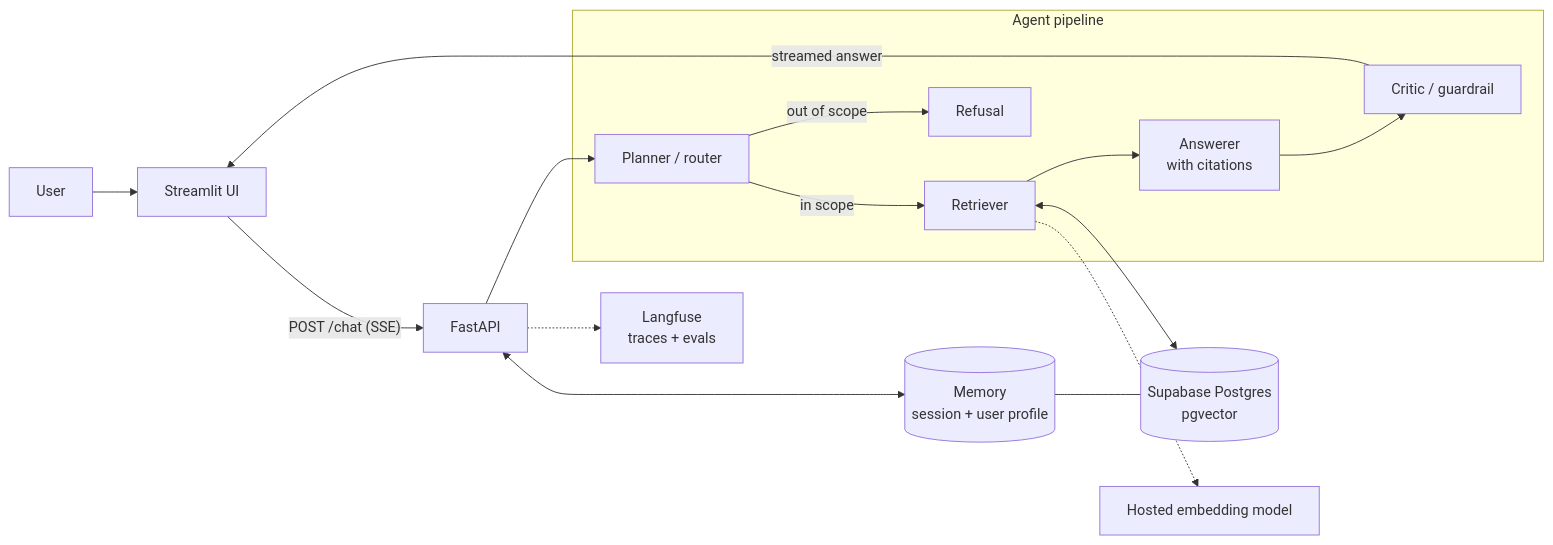
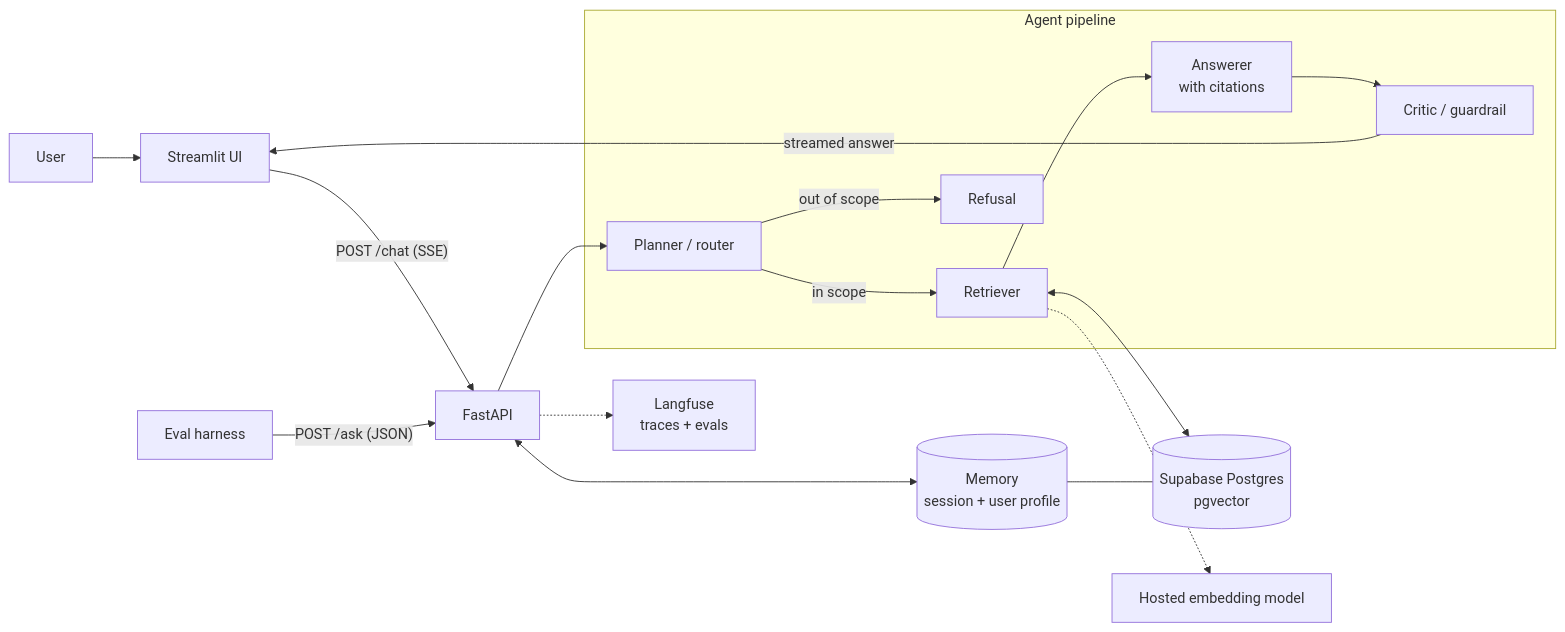
Before and after one commit to sandeepjunaghare/FDEStarterKit: the diagram in README.md, drawn with Mermaid. The commit also changed 5 other files, not shown here.

First line of the commit message:
docs: /ask JSON + /chat SSE share one pipeline and AskResponse — multi-agent orchestration

````diff
--- a/README.md
+++ b/README.md
@@ -15,18 +15,19 @@
 ```mermaid
 flowchart LR
     U[User] --> UI[Streamlit UI]
     UI -- "POST /chat (SSE)" --> API[FastAPI]
+    EV[Eval harness] -- "POST /ask (JSON)" --> API
     subgraph Pipeline [Agent pipeline]
         P[Planner / router] -->|in scope| R[Retriever]
         P -->|out of scope| X[Refusal]
         R --> A[Answerer<br/>with citations]
         A --> C[Critic / guardrail]
     end
     API --> P
     C -- streamed answer --> UI
     R <--> DB[(Supabase Postgres<br/>pgvector)]
     API <--> M[(Memory<br/>session + user profile)]
     M --- DB
     R -.-> E[Hosted embedding model]
     API -.-> L[Langfuse<br/>traces + evals]
 ```
````
